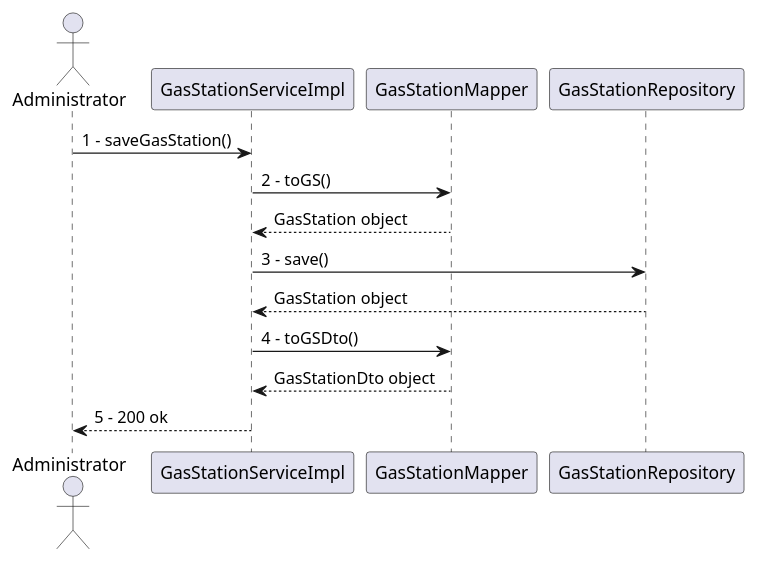
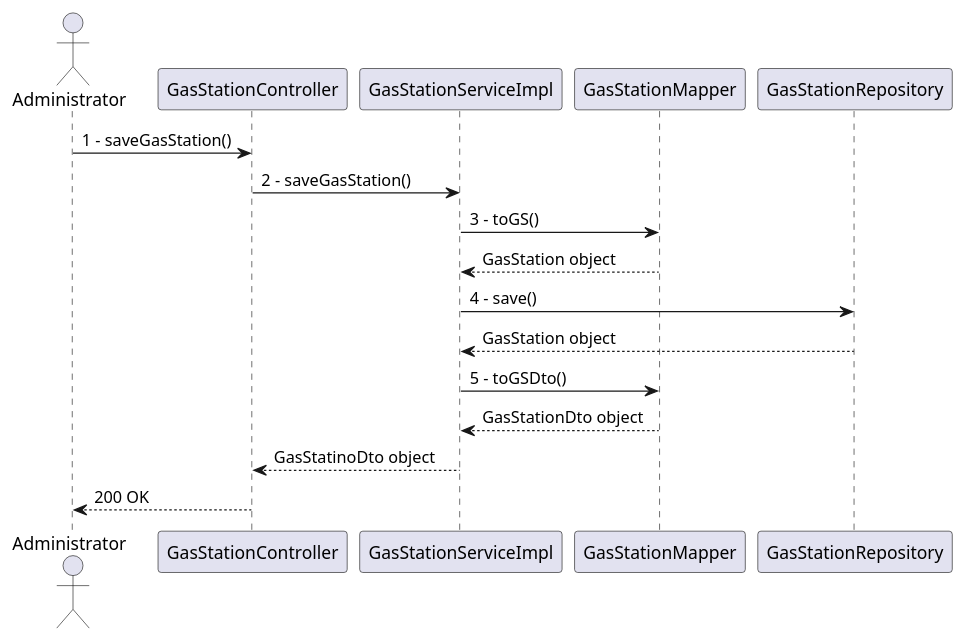
The eighth of 15 diagrams in docs/DesignDocument.md (polito-se2-2020-team6/ezgas), drawn with PlantUML before and after one commit. The commit also changed other lines of this file, not shown here.

Commit message:
docs: revised sequence diagrams

````diff
--- a/docs/DesignDocument.md
+++ b/docs/DesignDocument.md
@@ -514,13 +514,15 @@
 ```plantuml
 @startuml
 actor Administrator as a
-a -> GasStationServiceImpl : 1 - saveGasStation()
-GasStationServiceImpl -> GasStationMapper : 2 - toGS()
+a -> GasStationController: 1 - saveGasStation()
+GasStationController ->  GasStationServiceImpl :2 - saveGasStation()
+GasStationServiceImpl -> GasStationMapper : 3 - toGS()
 GasStationMapper --> GasStationServiceImpl : GasStation object
-GasStationServiceImpl -> GasStationRepository : 3 - save()
+GasStationServiceImpl -> GasStationRepository : 4 - save()
 GasStationRepository --> GasStationServiceImpl : GasStation object
-GasStationServiceImpl -> GasStationMapper : 4 - toGSDto()
+GasStationServiceImpl -> GasStationMapper : 5 - toGSDto()
 GasStationMapper --> GasStationServiceImpl : GasStationDto object
-GasStationServiceImpl --> a : 5 - 200 ok
+GasStationServiceImpl --> GasStationController : GasStatinoDto object
+GasStationController --> a :200 OK
 @enduml
 ```
````
